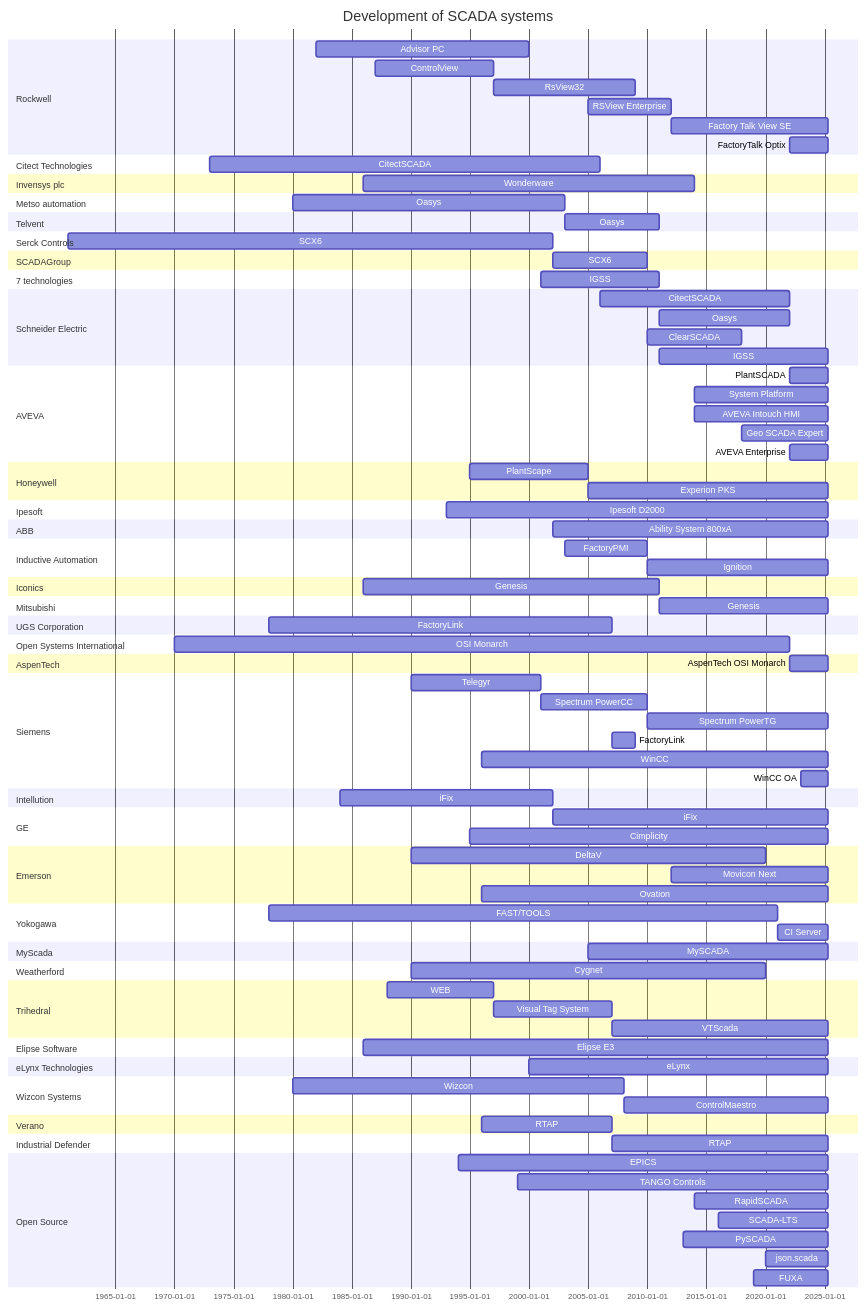
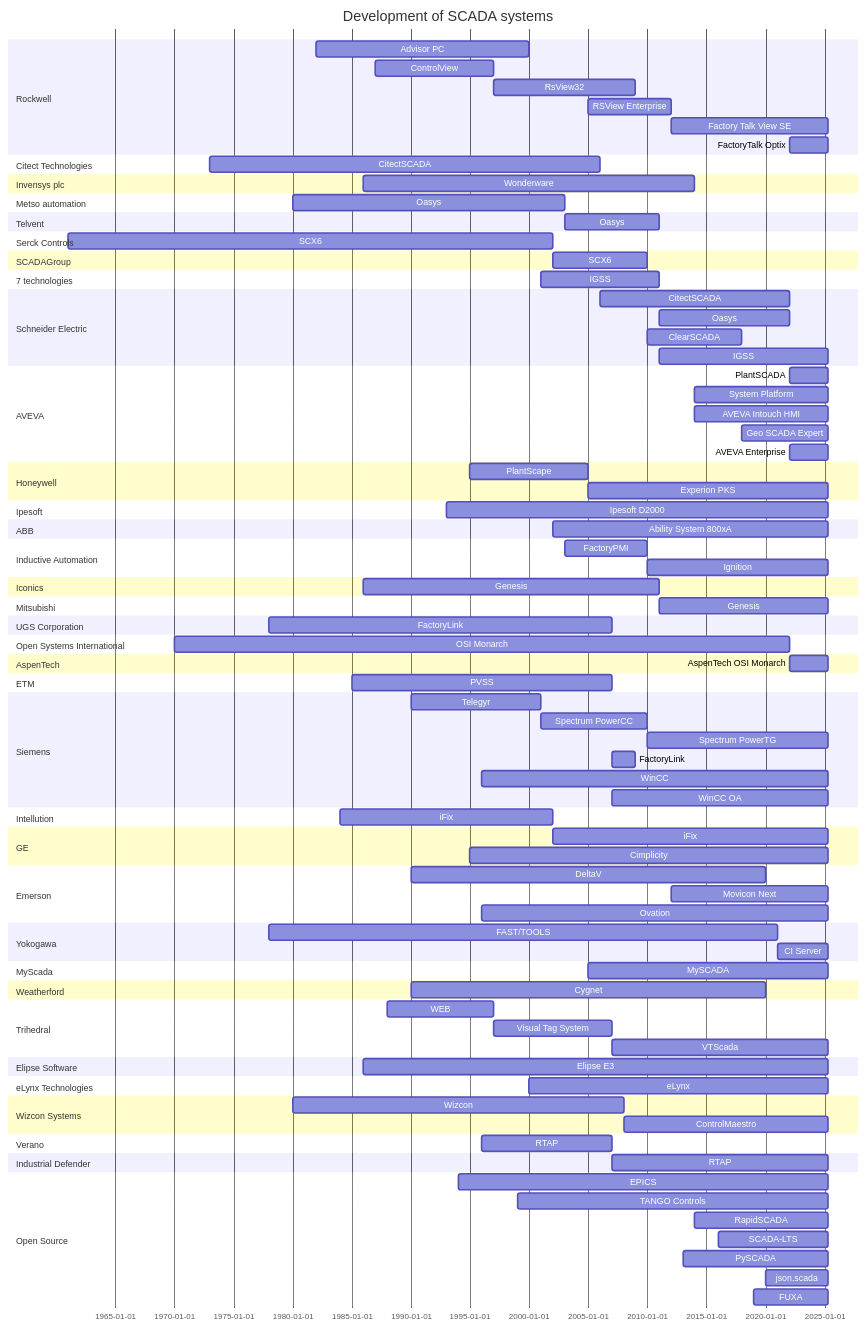
The diagram in README.md (hutcheb/scada-timeline), drawn with Mermaid before and after one commit.

Commit message:
feat: Update PVSS ETM Wincc OA

```diff
--- a/README.md
+++ b/README.md
@@ -79,6 +79,8 @@
     section AspenTech
         %%(https://en.wikipedia.org/wiki/Aspen_Technology)
         AspenTech OSI Monarch : after osi_monach, until 2025
+    section ETM
+        PVSS : pvss, 1985, 2007
     section Siemens
         %%(https://www.renewableenergyworld.com/energy-business/siemens-power-transmission-and-distribution-merges-telegyr-systems-business/)
         %%(No Start Date)
@@ -90,7 +92,7 @@
         FactoryLink : after factorylink, 2009
         %%(https://en.wikipedia.org/wiki/WinCC)
         WinCC :siemens1, 1996, until 2025
-        WinCC OA :winccoa, 2023, until 2025
+        WinCC OA :winccoa, after pvss, until 2025
     section Intellution
         %%(https://de.wikipedia.org/wiki/Proficy_iFIX)
         iFix : intellutionfix, 1984, 2002
```
